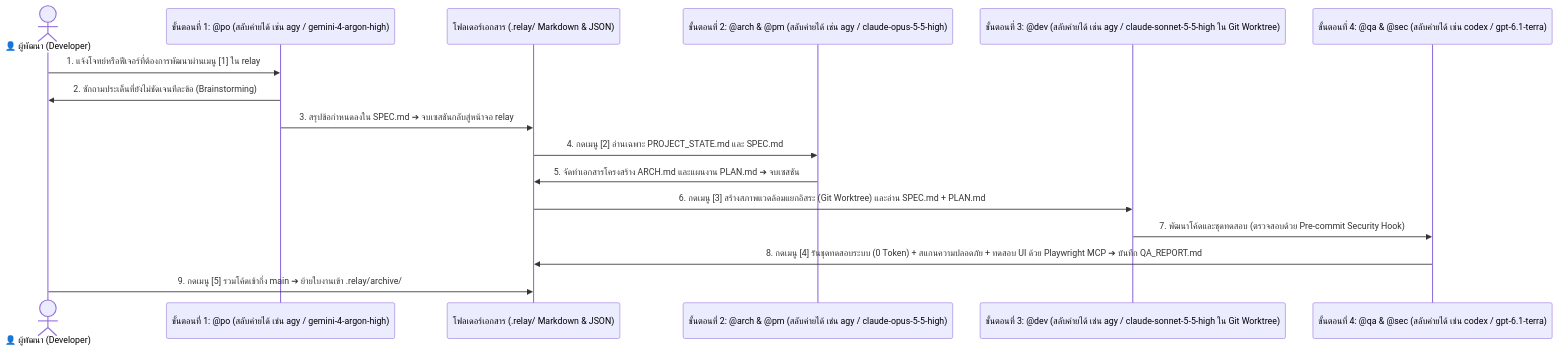
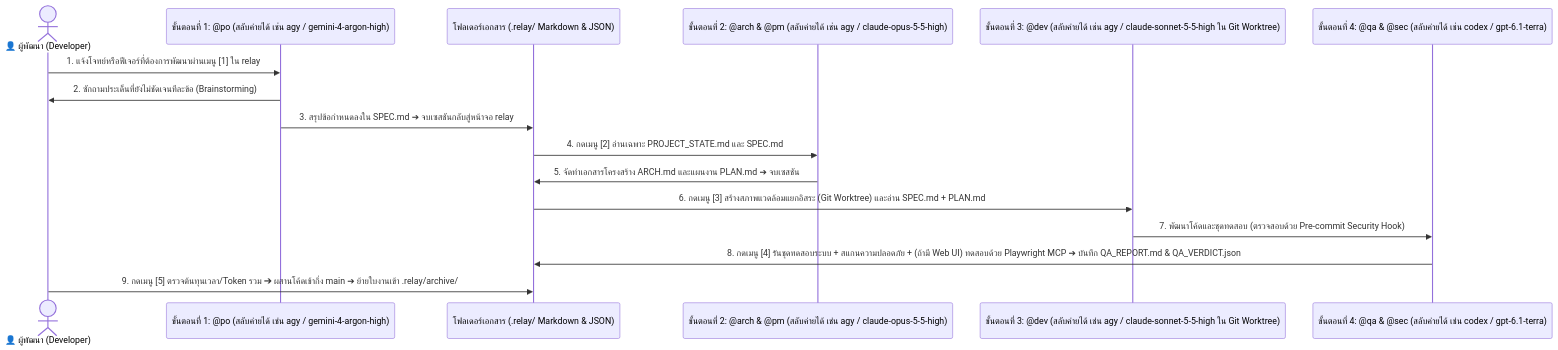
One commit to bosocmputer/RELAY changed the diagram in docs/ARCHITECTURE_DEEP_DIVE.md. Above: the diagram before and after it, drawn with Mermaid. The commit also changed other lines of this file and 7 other files, not shown here.

Commit message:
feat(telemetry,fast-track): add real token usage tracking across agy/codex/claude, relay stats view, Fast Track mode, and honest docs

````diff
--- a/docs/ARCHITECTURE_DEEP_DIVE.md
+++ b/docs/ARCHITECTURE_DEEP_DIVE.md
@@ -26,19 +26,19 @@
 ```mermaid
 sequenceDiagram
     actor User as 👤 ผู้พัฒนา (Developer)
     participant P1 as ขั้นตอนที่ 1: @po (สลับค่ายได้ เช่น agy / gemini-4-argon-high)
     participant Relay as โฟลเดอร์เอกสาร (.relay/ Markdown & JSON)
     participant P2 as ขั้นตอนที่ 2: @arch & @pm (สลับค่ายได้ เช่น agy / claude-opus-5-5-high)
     participant P3 as ขั้นตอนที่ 3: @dev (สลับค่ายได้ เช่น agy / claude-sonnet-5-5-high ใน Git Worktree)
     participant P4 as ขั้นตอนที่ 4: @qa & @sec (สลับค่ายได้ เช่น codex / gpt-6.1-terra)
 
     User->>P1: 1. แจ้งโจทย์หรือฟีเจอร์ที่ต้องการพัฒนาผ่านเมนู [1] ใน relay
     P1->>User: 2. ซักถามประเด็นที่ยังไม่ชัดเจนทีละข้อ (Brainstorming)
     P1->>Relay: 3. สรุปข้อกำหนดลงใน SPEC.md ➔ จบเซสชันกลับสู่หน้าจอ relay
     Relay->>P2: 4. กดเมนู [2] อ่านเฉพาะ PROJECT_STATE.md และ SPEC.md
     P2->>Relay: 5. จัดทำเอกสารโครงสร้าง ARCH.md และแผนงาน PLAN.md ➔ จบเซสชัน
     Relay->>P3: 6. กดเมนู [3] สร้างสภาพแวดล้อมแยกอิสระ (Git Worktree) และอ่าน SPEC.md + PLAN.md
     P3->>P4: 7. พัฒนาโค้ดและชุดทดสอบ (ตรวจสอบด้วย Pre-commit Security Hook)
-    P4->>Relay: 8. กดเมนู [4] รันชุดทดสอบระบบ (0 Token) + สแกนความปลอดภัย + ทดสอบ UI ด้วย Playwright MCP ➔ บันทึก QA_REPORT.md
-    User->>Relay: 9. กดเมนู [5] รวมโค้ดเข้ากิ่ง main ➔ ย้ายใบงานเข้า .relay/archive/
+    P4->>Relay: 8. กดเมนู [4] รันชุดทดสอบระบบ + สแกนความปลอดภัย + (ถ้ามี Web UI) ทดสอบด้วย Playwright MCP ➔ บันทึก QA_REPORT.md & QA_VERDICT.json
+    User->>Relay: 9. กดเมนู [5] ตรวจต้นทุนเวลา/Token รวม ➔ ผสานโค้ดเข้ากิ่ง main ➔ ย้ายใบงานเข้า .relay/archive/
 ```
````
